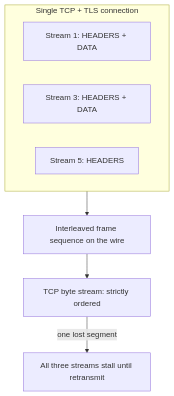
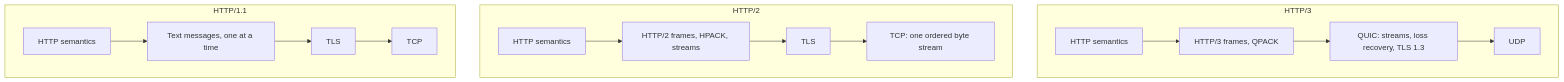
Before and after one commit to gorkemsari/distributed-systems: the first of 6 diagrams in src/content/docs/en/communication/synchronous-protocols/http2-http3-quic.mdx, drawn with Mermaid. The commit also changed other lines of this file and 3 other files, not shown here.

First line of the commit message:
docs(communication/synchronous-protocols/http2-http3-quic): generate EN/TR

````diff
--- a/src/content/docs/en/communication/synchronous-protocols/http2-http3-quic.mdx
+++ b/src/content/docs/en/communication/synchronous-protocols/http2-http3-quic.mdx
@@ -33,11 +13,18 @@
 ```mermaid
-flowchart TD
-    subgraph Conn["Single TCP + TLS connection"]
-        S1["Stream 1: HEADERS + DATA"]
-        S3["Stream 3: HEADERS + DATA"]
-        S5["Stream 5: HEADERS"]
+flowchart TB
+    subgraph H3["HTTP/3"]
+        A3["HTTP semantics"] --> B3["HTTP/3 frames, QPACK"]
+        B3 --> C3["QUIC: streams, loss recovery, TLS 1.3"]
+        C3 --> D3["UDP"]
     end
-    Conn --> Frames["Interleaved frame sequence on the wire"]
-    Frames --> TCP["TCP byte stream: strictly ordered"]
-    TCP -->|"one lost segment"| Stall["All three streams stall until retransmit"]
+    subgraph H2["HTTP/2"]
+        A2["HTTP semantics"] --> B2["HTTP/2 frames, HPACK, streams"]
+        B2 --> C2["TLS"]
+        C2 --> D2["TCP: one ordered byte stream"]
+    end
+    subgraph H1["HTTP/1.1"]
+        A1["HTTP semantics"] --> B1["Text messages, one at a time"]
+        B1 --> C1["TLS"]
+        C1 --> D1["TCP"]
+    end
 ```
````
